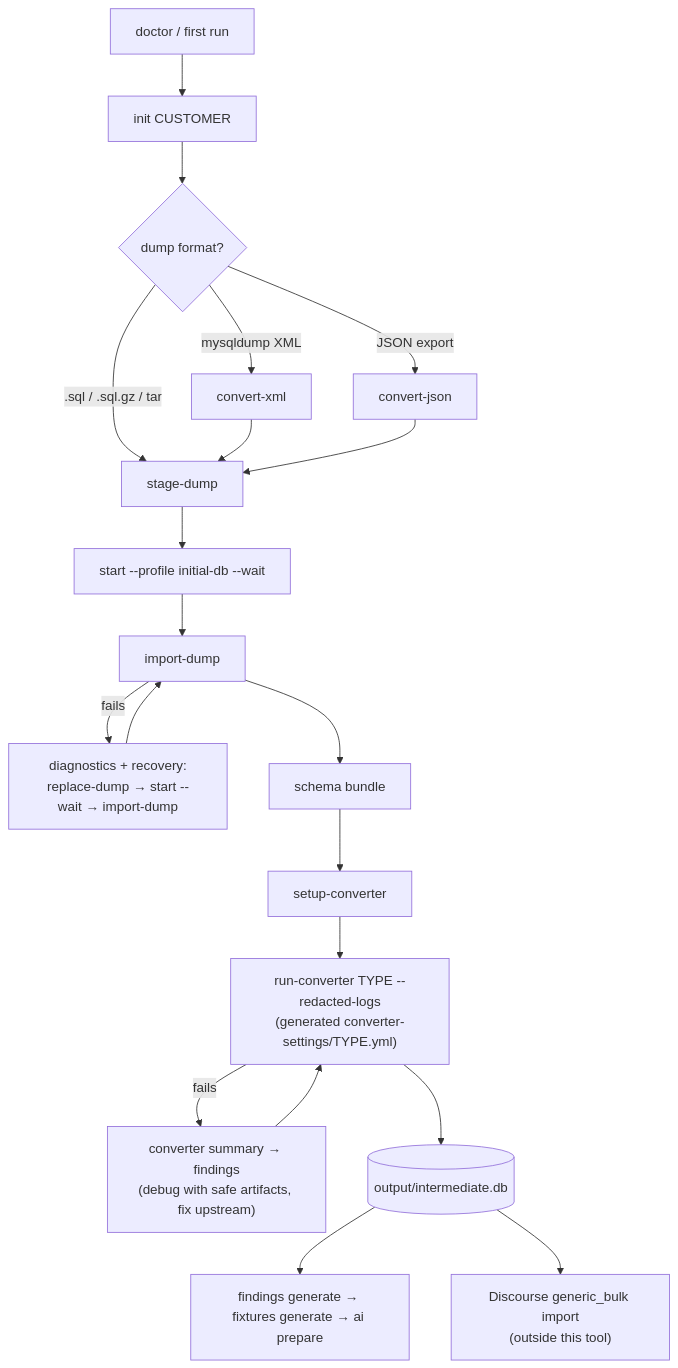
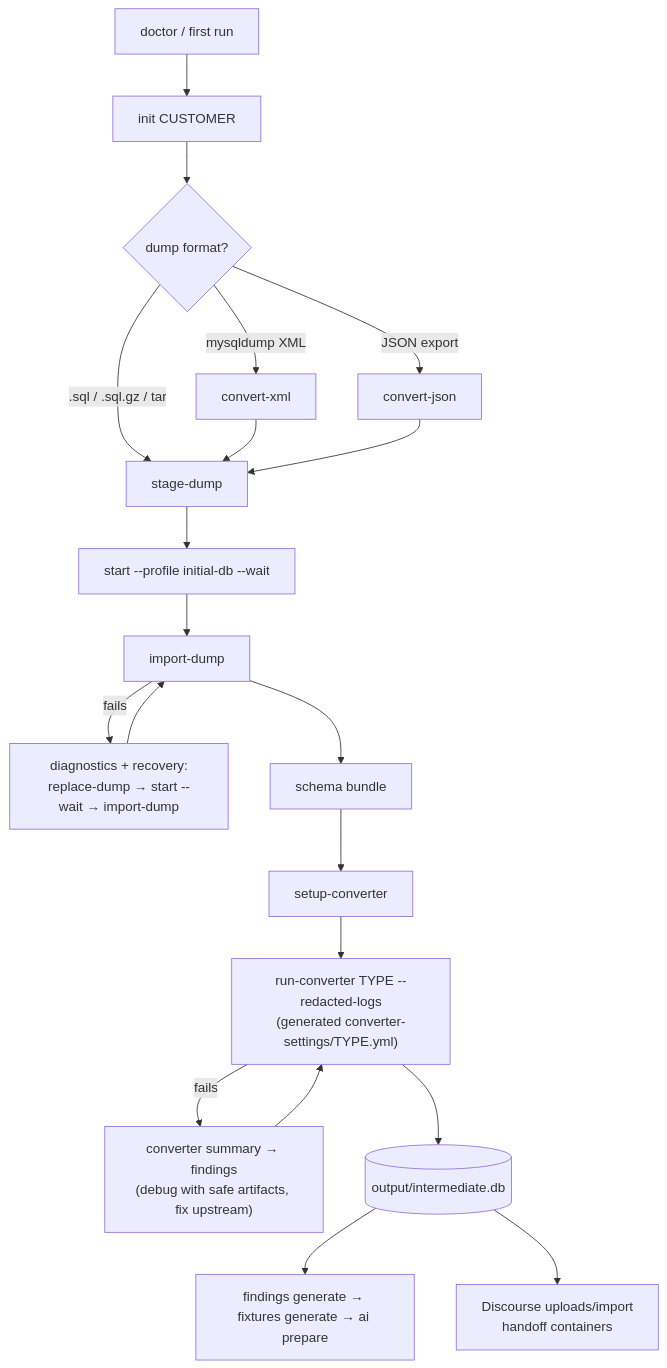
Before and after one commit to RubenOussoren/silo-migrate: the second of 3 diagrams in docs/migration-engineer-guide.md, drawn with Mermaid. The commit also changed other lines of this file and 9 other files, not shown here.

Commit message:
feat: add Discourse handoff workflows

````diff
--- a/docs/migration-engineer-guide.md
+++ b/docs/migration-engineer-guide.md
@@ -185,18 +211,18 @@
 ```mermaid
 flowchart TD
     A[doctor / first run] --> B[init CUSTOMER]
     B --> C{dump format?}
     C -- ".sql / .sql.gz / tar" --> D[stage-dump]
     C -- "mysqldump XML" --> E[convert-xml] --> D
     C -- "JSON export" --> E2[convert-json] --> D
     D --> F["start --profile initial-db --wait"]
     F --> G[import-dump]
     G -- "fails" --> R["diagnostics + recovery:<br/>replace-dump → start --wait → import-dump"] --> G
     G --> H[schema bundle]
     H --> I[setup-converter]
     I --> J["run-converter TYPE --redacted-logs<br/>(generated converter-settings/TYPE.yml)"]
     J -- "fails" --> J2["converter summary → findings<br/>(debug with safe artifacts, fix upstream)"] --> J
     J --> K[("output/intermediate.db")]
     K --> L[findings generate → fixtures generate → ai prepare]
-    K --> M["Discourse generic_bulk import<br/>(outside this tool)"]
+    K --> M["Discourse uploads/import<br/>handoff containers"]
 ```
````
